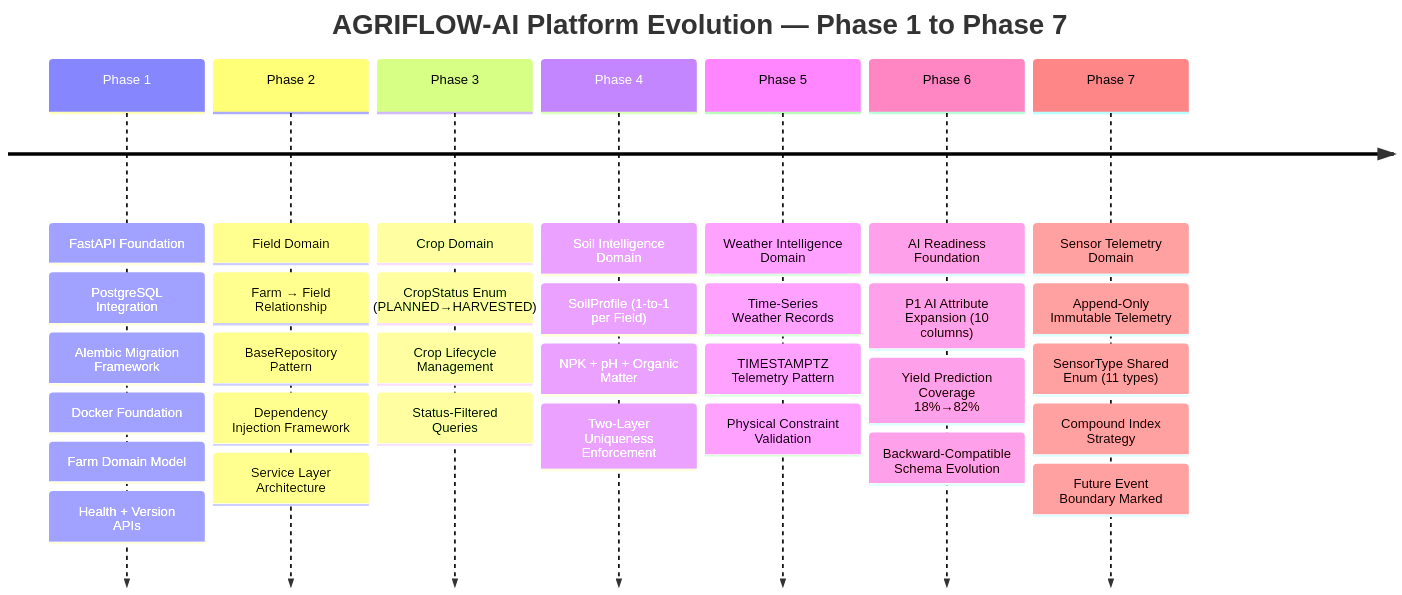
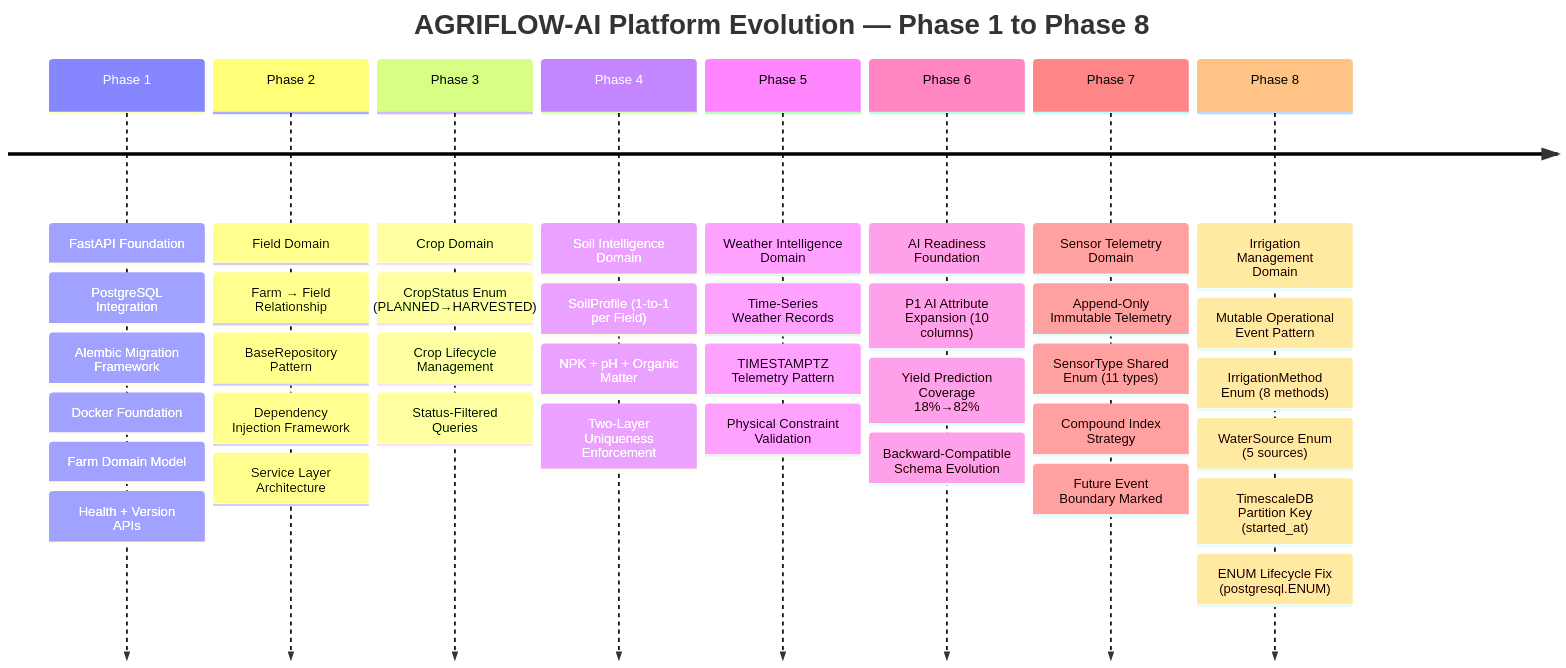
One commit to santoshnarayanan/AGRIFLOW-AI changed the first of 18 diagrams in docs/09-architecture-diagrams.md. Above: the diagram before and after it, drawn with Mermaid. The commit also changed other lines of this file and 8 other files, not shown here.

````diff
--- a/docs/09-architecture-diagrams.md
+++ b/docs/09-architecture-diagrams.md
@@ -44,36 +44,42 @@
 ```mermaid
 timeline
-    title AGRIFLOW-AI Platform Evolution — Phase 1 to Phase 7
+    title AGRIFLOW-AI Platform Evolution — Phase 1 to Phase 8
     Phase 1 : FastAPI Foundation
             : PostgreSQL Integration
             : Alembic Migration Framework
             : Docker Foundation
             : Farm Domain Model
             : Health + Version APIs
     Phase 2 : Field Domain
             : Farm → Field Relationship
             : BaseRepository Pattern
             : Dependency Injection Framework
             : Service Layer Architecture
     Phase 3 : Crop Domain
             : CropStatus Enum (PLANNED→HARVESTED)
             : Crop Lifecycle Management
             : Status-Filtered Queries
     Phase 4 : Soil Intelligence Domain
             : SoilProfile (1-to-1 per Field)
             : NPK + pH + Organic Matter
             : Two-Layer Uniqueness Enforcement
     Phase 5 : Weather Intelligence Domain
             : Time-Series Weather Records
             : TIMESTAMPTZ Telemetry Pattern
             : Physical Constraint Validation
     Phase 6 : AI Readiness Foundation
             : P1 AI Attribute Expansion (10 columns)
             : Yield Prediction Coverage 18%→82%
             : Backward-Compatible Schema Evolution
     Phase 7 : Sensor Telemetry Domain
             : Append-Only Immutable Telemetry
             : SensorType Shared Enum (11 types)
             : Compound Index Strategy
             : Future Event Boundary Marked
+    Phase 8 : Irrigation Management Domain
+            : Mutable Operational Event Pattern
+            : IrrigationMethod Enum (8 methods)
+            : WaterSource Enum (5 sources)
+            : TimescaleDB Partition Key (started_at)
+            : ENUM Lifecycle Fix (postgresql.ENUM)
 ```
````
